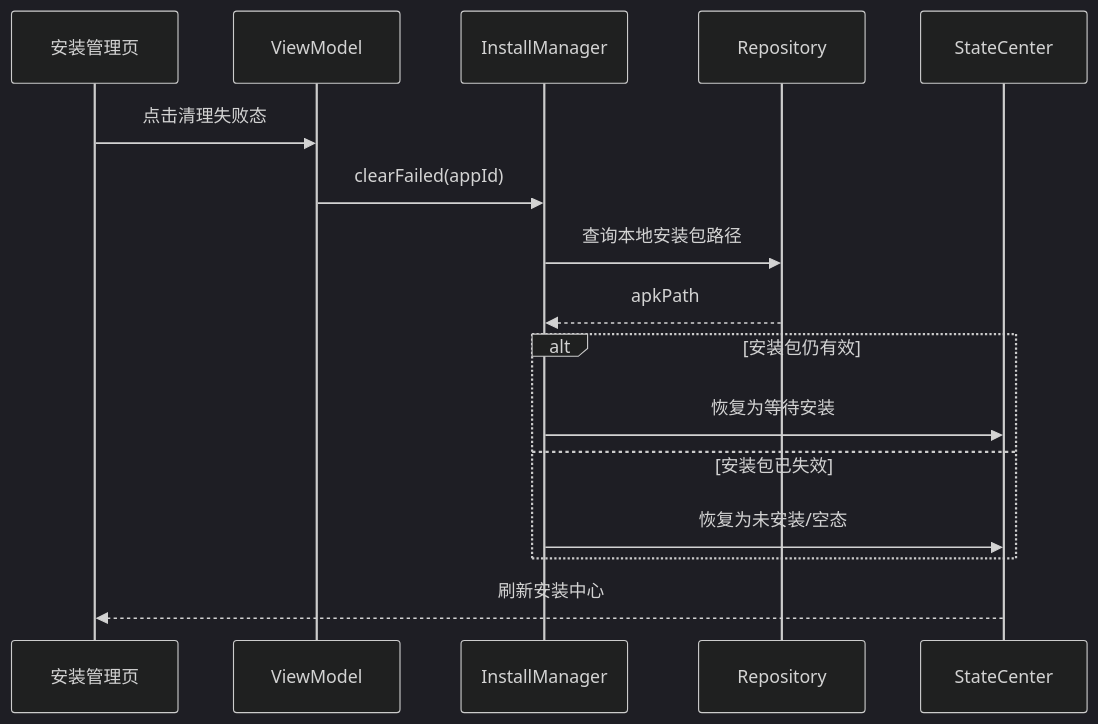
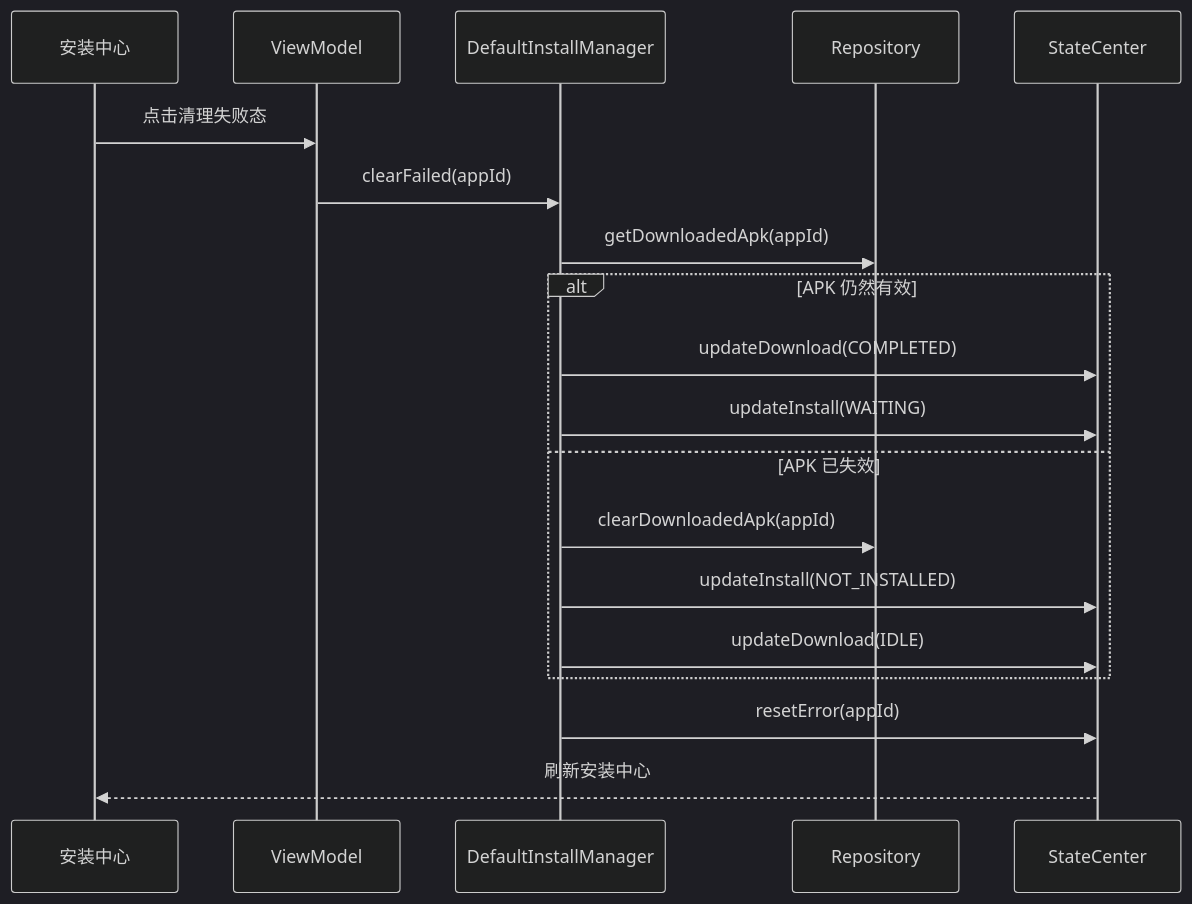
Before and after one commit to XZQ/CarAppStore: the fourth of 5 diagrams in docs/10-安装模块架构与流程.md, drawn with Mermaid (dark theme). The commit also changed other lines of this file and 35 other files, not shown here.

Commit message:
Docs: reorganize architecture docs and handoff guide

````diff
--- a/docs/10-安装模块架构与流程.md
+++ b/docs/10-安装模块架构与流程.md
@@ -137,22 +173,24 @@
 ```mermaid
 sequenceDiagram
-participant UI as 安装管理页
+participant UI as 安装中心
 participant VM as ViewModel
-participant IM as InstallManager
+participant IM as DefaultInstallManager
 participant REPO as Repository
 participant SC as StateCenter
 
 UI->>VM: 点击清理失败态
 VM->>IM: clearFailed(appId)
+IM->>REPO: getDownloadedApk(appId)
 
-IM->>REPO: 查询本地安装包路径
-REPO-->>IM: apkPath
-
-alt 安装包仍有效
-    IM->>SC: 恢复为等待安装
-else 安装包已失效
-    IM->>SC: 恢复为未安装/空态
+alt APK 仍然有效
+    IM->>SC: updateDownload(COMPLETED)
+    IM->>SC: updateInstall(WAITING)
+else APK 已失效
+    IM->>REPO: clearDownloadedApk(appId)
+    IM->>SC: updateInstall(NOT_INSTALLED)
+    IM->>SC: updateDownload(IDLE)
 end
 
+IM->>SC: resetError(appId)
 SC-->>UI: 刷新安装中心
 ```
````
